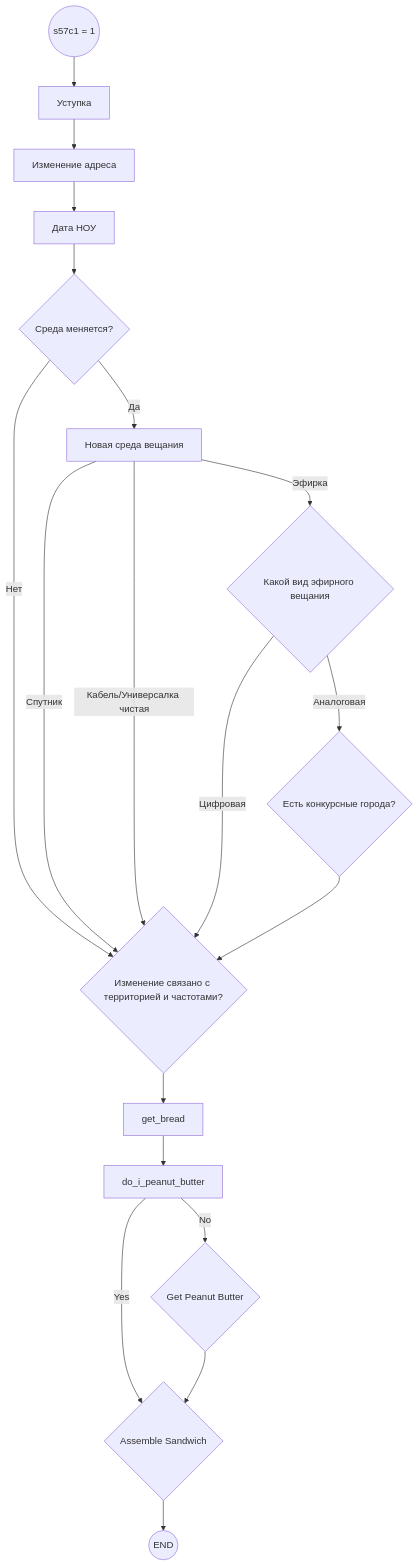
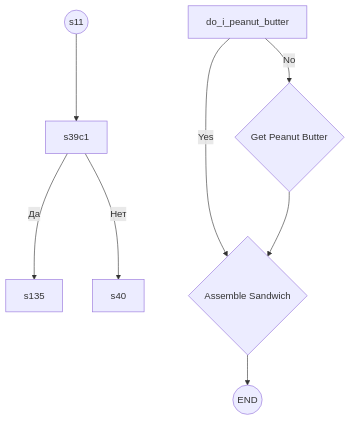
The diagram in 2024-10-14.md (wolkoduff/myObsidianSync), drawn with Mermaid before and after one commit.

Commit message:
vault backup: 14.10.2024 12:56

````diff
--- a/2024-10-14.md
+++ b/2024-10-14.md
@@ -2,21 +2,10 @@
 ```mermaid
 flowchart TB
-    start_sequence((s57c1 = 1)) --> ustupka[Уступка]
-    ustupka --> address[Изменение адреса]
-    address --> date[Дата НОУ]
-    date --> changeArea{Среда меняется?}
-    changeArea -->|Нет| changeTerr{Изменение связано с территорией}
-    changeArea -->|Да| newArea[Новая среда вещания]
-    newArea -->|Спутник| changeTerr{Изменение связано с территорией}
-    newArea -->|Эфирка| nev{Какой вид эфирного вещания}
-    newArea -->|Кабель/Универсалка чистая| changeTerr{Изменение связано с территорией}
-    nev --> |Аналоговая| analog{Есть конкурсные города?}
-    nev --> |Цифровая| changeTerr{Изменение связано с территорией}
-    analog --> changeTerr{Изменение связано с территорией и частотами?}
-    changeTerr --> get_bread
-    get_bread -->   do_i_peanut_butter
+    start_sequence((s11)) --> territoryRf[s39c1]
+    territoryRf --> |Да| territoryRfPeople[s135]
+    territoryRf --> |Нет| Regions[s40]
     do_i_peanut_butter -->|No| get_peanut_butter{Get Peanut Butter}
     do_i_peanut_butter -->|Yes| assemble{Assemble Sandwich}
     get_peanut_butter --> assemble{Assemble Sandwich}
     assemble --> end_sequence((END))
 ```
````
